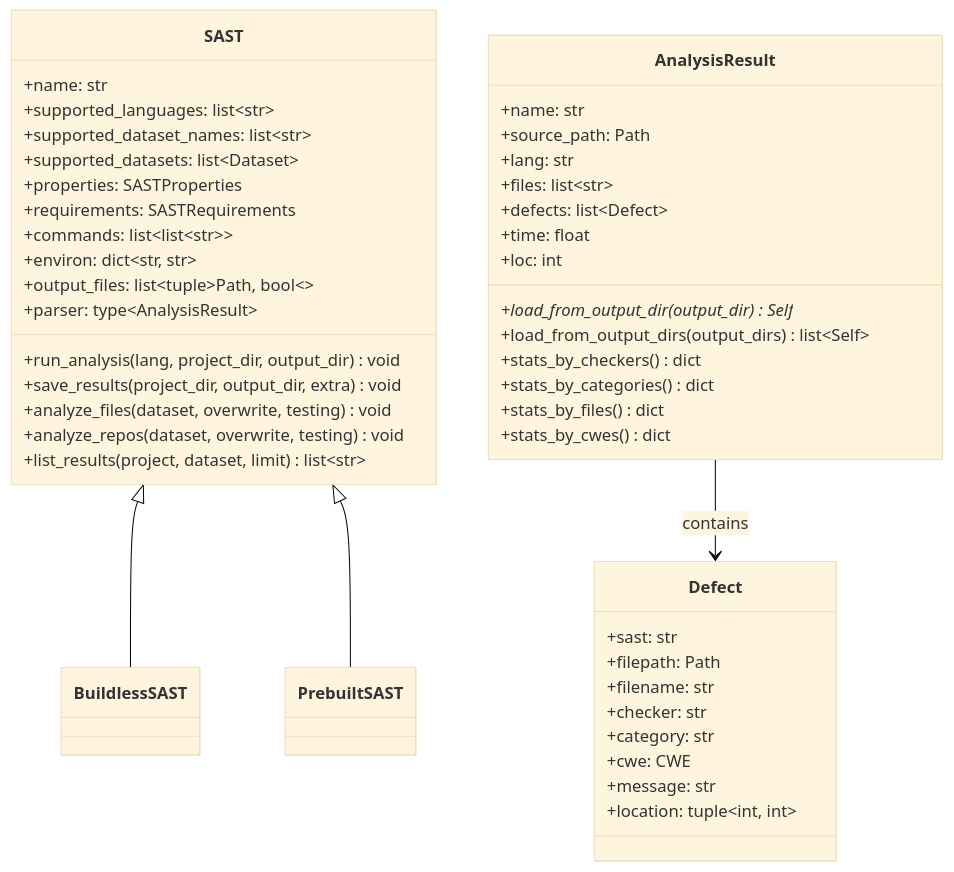
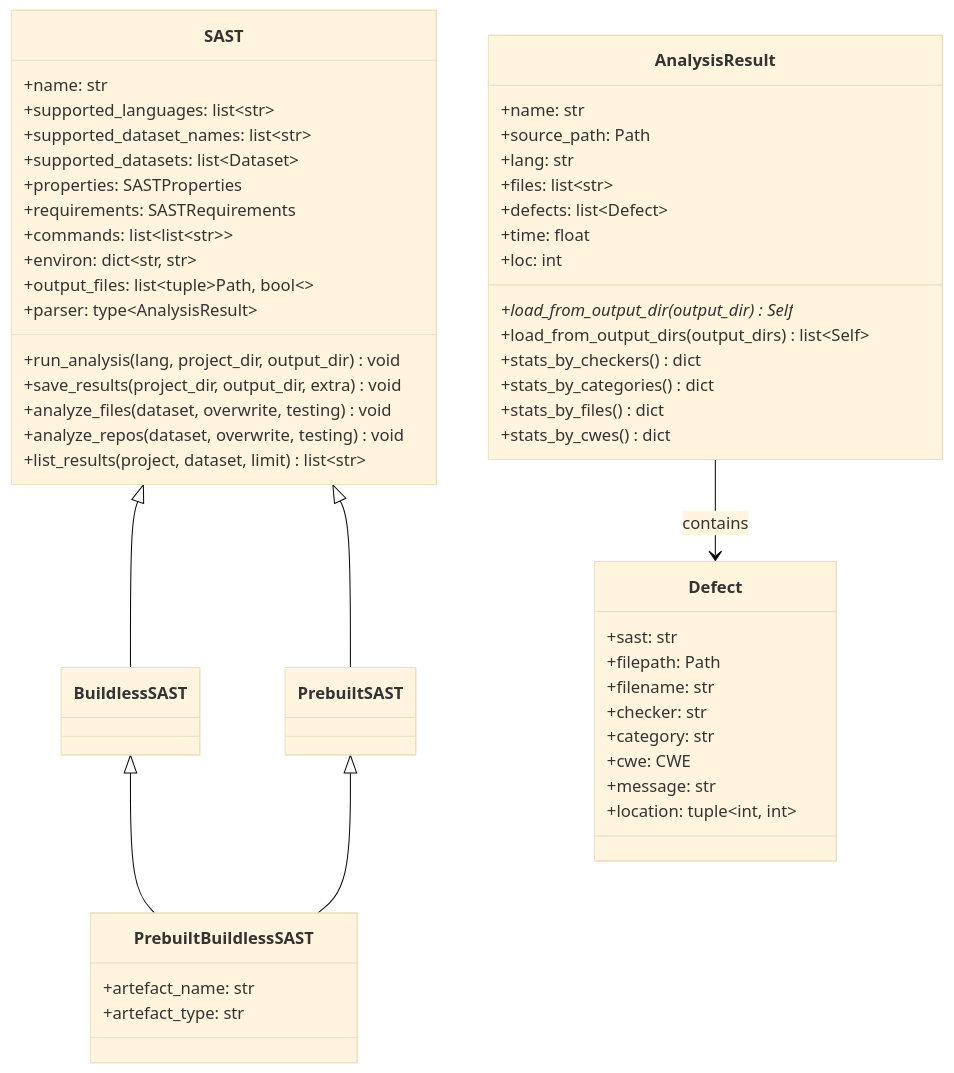
The diagram in docs/sast/index.md (OPPIDA/CodeSecTools), drawn with Mermaid (base theme) before and after one commit.

Commit message:
docs(sasts): add PrebuiltBuildlessSAST to mermaid class chart

````diff
--- a/docs/sast/index.md
+++ b/docs/sast/index.md
@@ -21,58 +21,65 @@
 ```mermaid
 classDiagram
     class SAST {
         +name: str
         +supported_languages: list~str~
         +supported_dataset_names: list~str~
         +supported_datasets: list~Dataset~
         +properties: SASTProperties
         +requirements: SASTRequirements
         +commands: list~list~str~~
         +environ: dict~str, str~
         +output_files: list~tuple~Path, bool~~
         +parser: type~AnalysisResult~
         +run_analysis(lang, project_dir, output_dir) void
         +save_results(project_dir, output_dir, extra) void
         +analyze_files(dataset, overwrite, testing) void
         +analyze_repos(dataset, overwrite, testing) void
         +list_results(project, dataset, limit) list~str~
     }
 
     class BuildlessSAST {
     }
 
     class PrebuiltSAST {
     }
-    
+
+    class PrebuiltBuildlessSAST {
+        +artefact_name: str
+        +artefact_type: str
+    }
+
     SAST <|-- BuildlessSAST
     SAST <|-- PrebuiltSAST
+    BuildlessSAST <|-- PrebuiltBuildlessSAST
+    PrebuiltSAST <|-- PrebuiltBuildlessSAST
 
     class AnalysisResult {
         +name: str
         +source_path: Path
         +lang: str
         +files: list~str~
         +defects: list~Defect~
         +time: float
         +loc: int
         +load_from_output_dir(output_dir)* Self
         +load_from_output_dirs(output_dirs) list~Self~
         +stats_by_checkers() dict
         +stats_by_categories() dict
         +stats_by_files() dict
         +stats_by_cwes() dict
     }
 
     class Defect {
         +sast: str
         +filepath: Path
         +filename: str
         +checker: str
         +category: str
         +cwe: CWE
         +message: str
         +location: tuple~int, int~
     }
 
     AnalysisResult --> Defect : contains
 ```
````
